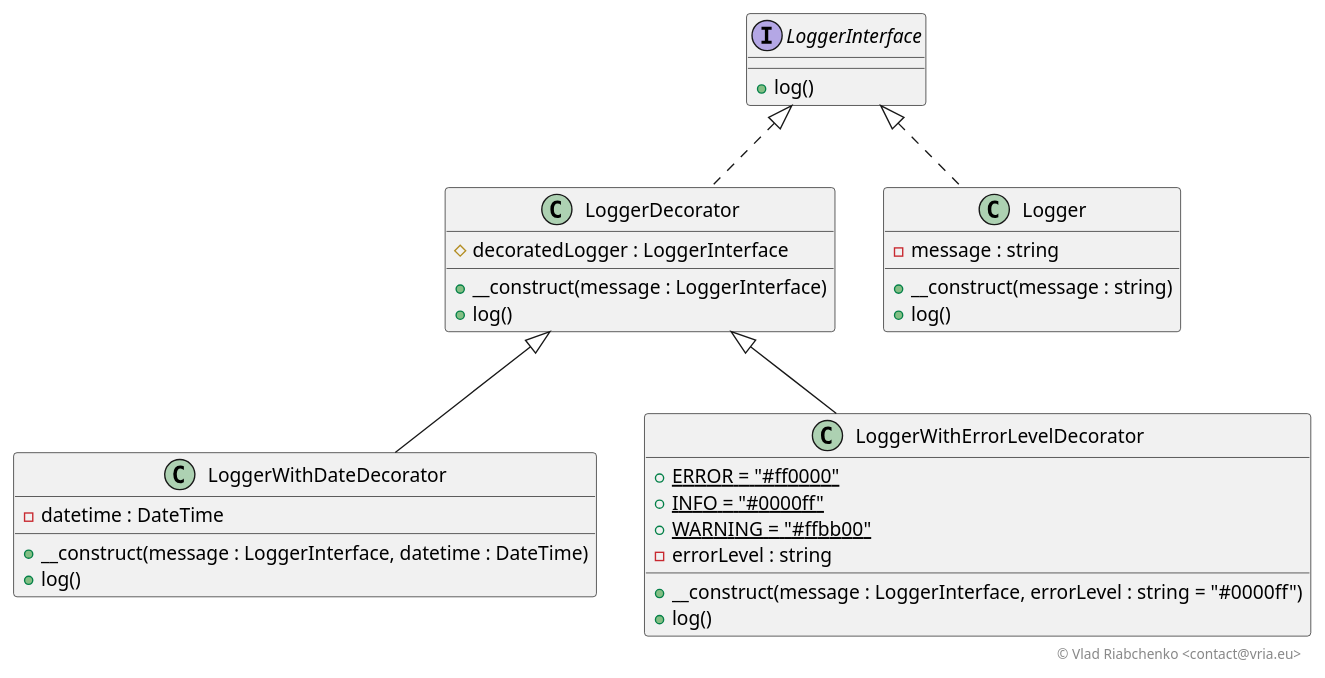
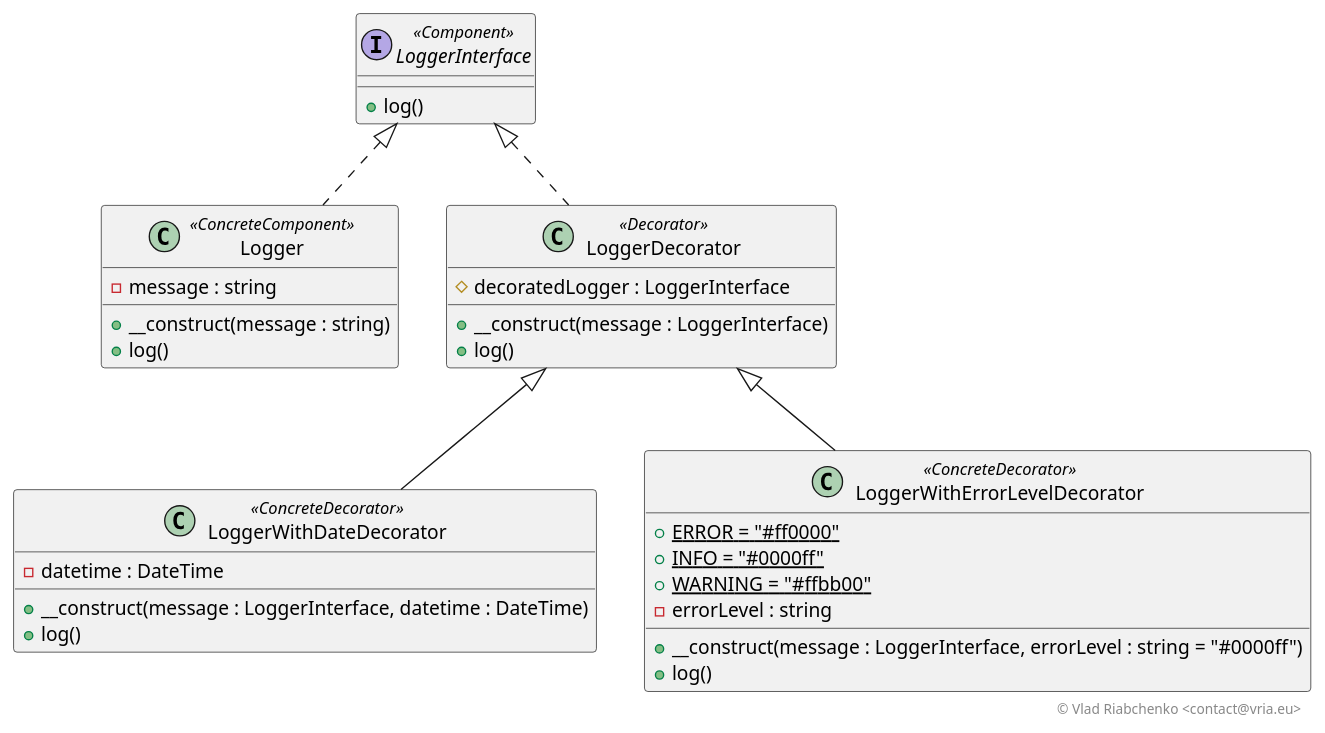
The diagram in Structural/Decorator/doc/decorator.plantuml (vria/design-patterns), drawn with PlantUML before and after one commit. The commit also changed 52 other files, not shown here.

Commit message:
passing to plant uml, various readmes, factory method correct

```diff
--- a/Structural/Decorator/doc/decorator.plantuml
+++ b/Structural/Decorator/doc/decorator.plantuml
@@ -1,44 +1,41 @@
 @startuml
 
-class LoggerWithDateDecorator {
+interface LoggerInterface << Component >> {
+    +log()
+}
+
+class Logger << ConcreteComponent >> {
+    -message : string
+	+__construct(message : string)
+    +log()
+}
+
+class LoggerDecorator << Decorator >> {
+    #decoratedLogger : LoggerInterface
+	+__construct(message : LoggerInterface)
+    +log()
+}
+
+class LoggerWithDateDecorator << ConcreteDecorator >> {
     -datetime : DateTime
 	+__construct(message : LoggerInterface, datetime : DateTime)
     +log()
 }
 
-class LoggerWithDateDecorator extends LoggerDecorator
-
-class LoggerDecorator {
-    #decoratedLogger : LoggerInterface
-	+__construct(message : LoggerInterface)
-    +log()
-}
-
-class LoggerDecorator implements LoggerInterface
-
-class Logger {
-    -message : string
-	+__construct(message : string)
-    +log()
-}
-
-class Logger implements LoggerInterface
-
-class LoggerWithErrorLevelDecorator {
+class LoggerWithErrorLevelDecorator << ConcreteDecorator >> {
     +{static}ERROR = "#ff0000"
     +{static}INFO = "#0000ff"
     +{static}WARNING = "#ffbb00"
     -errorLevel : string
 	+__construct(message : LoggerInterface, errorLevel : string = "#0000ff")
     +log()
 }
 
+class Logger implements LoggerInterface
+class LoggerDecorator implements LoggerInterface
+class LoggerWithDateDecorator extends LoggerDecorator
 class LoggerWithErrorLevelDecorator extends LoggerDecorator
-
-interface LoggerInterface {
-    +log()
-}
 
 right footer © Vlad Riabchenko <contact@vria.eu>
 
 @enduml
```
